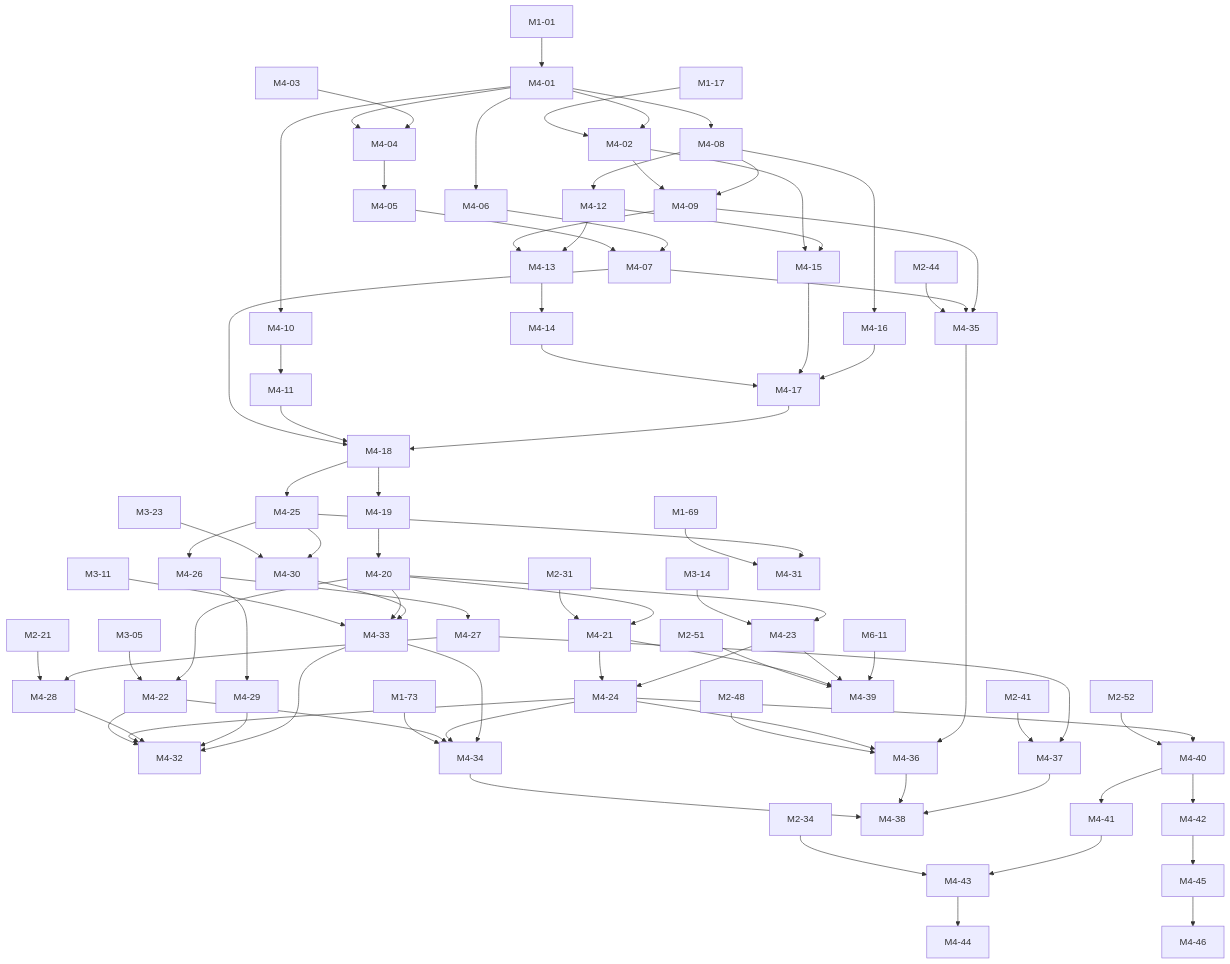
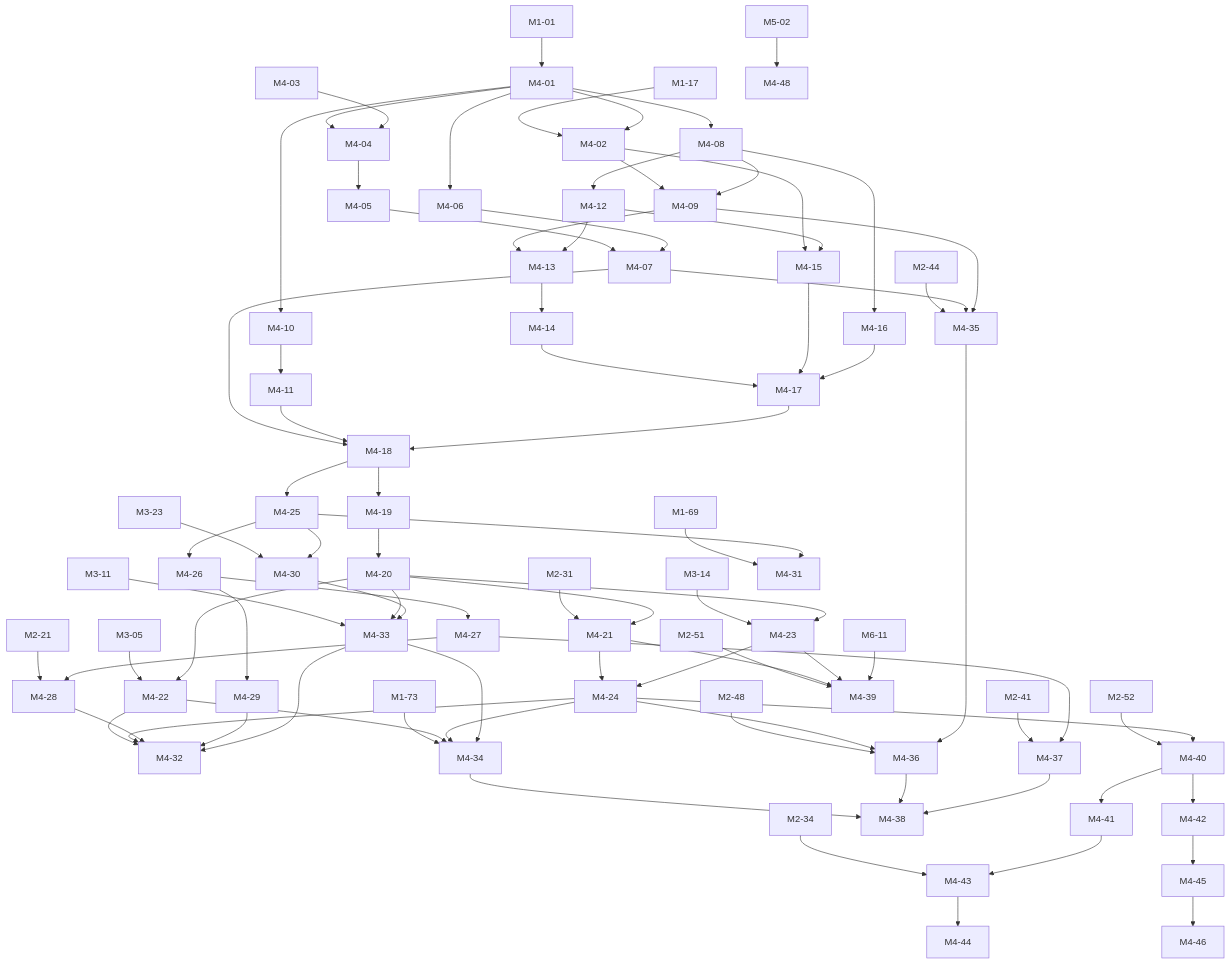
Before and after one commit to mguttmann/bothy: the fourth of 8 diagrams in docs/briefs/README.md, drawn with Mermaid. The commit also changed other lines of this file and 39 other files, not shown here.

````diff
--- a/docs/briefs/README.md
+++ b/docs/briefs/README.md
@@ -983,6 +984,8 @@
   M4_44["M4-44"]
   M4_45["M4-45"]
   M4_46["M4-46"]
+  M4_48["M4-48"]
+  M5_02["M5-02"]
   M6_11["M6-11"]
   M1_01 --> M4_01
   M1_17 --> M4_02
@@ -1067,4 +1070,5 @@
   M4_43 --> M4_44
   M4_42 --> M4_45
   M4_45 --> M4_46
+  M5_02 --> M4_48
 ```
````
